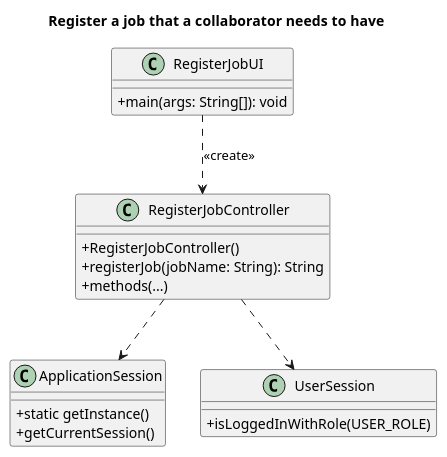
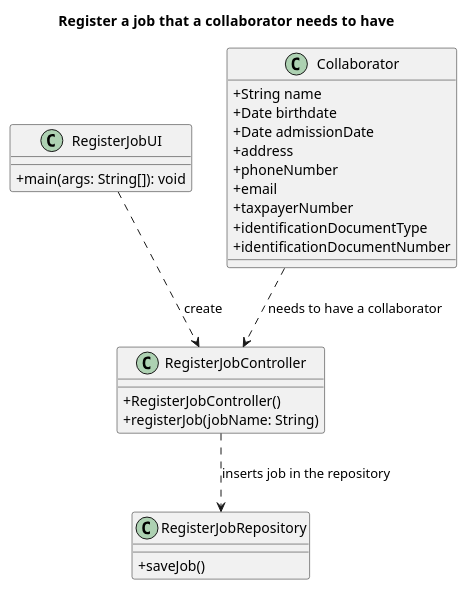
One commit to Departamento-de-Engenharia-Informatica/lei-24-s2-1dm-g132 changed the diagram in docs/sprintB/us002/03.design/puml/us002-class-diagram.puml. Above: the diagram before and after it, drawn with PlantUML. The commit also changed other lines of this file and 1 other file, not shown here.

Commit message:
Changes in the us 002 and us 006 class diagram

```diff
--- a/docs/sprintB/us002/03.design/puml/us002-class-diagram.puml
+++ b/docs/sprintB/us002/03.design/puml/us002-class-diagram.puml
@@ -1,31 +2,36 @@
 @startuml
 title Register a job  that a collaborator needs to have
 
 skinparam classAttributeIconSize 0
 
-class ApplicationSession
-{
-  +static getInstance()
-  +getCurrentSession()
+
+class RegisterJobController {
+    + RegisterJobController()
+    + registerJob(jobName: String)
+
 }
 
-class UserSession
-{
-  +isLoggedInWithRole(USER_ROLE)
+class RegisterJobUI {
+    +main(args: String[]): void
 }
 
-class "RegisterJobController" {
-    + RegisterJobController()
-    + registerJob(jobName: String): String
-    + methods(...)
+class RegisterJobRepository {
+    +saveJob()
 }
 
-class "RegisterJobUI" {
-+main(args: String[]): void
+class Collaborator {
+    +String name
+    +Date birthdate
+    +Date admissionDate
+    +address
+    +phoneNumber
+    +email
+    +taxpayerNumber
+    +identificationDocumentType
+    +identificationDocumentNumber
 }
 
-"RegisterJobUI" ..> "RegisterJobController": <<create>>
-"RegisterJobController" ..> ApplicationSession
-"RegisterJobController" ..> UserSession
-
+RegisterJobUI ..> RegisterJobController: create
+RegisterJobController ..> RegisterJobRepository : inserts job in the repository
+Collaborator ..> RegisterJobController : needs to have a collaborator
 @enduml
```
